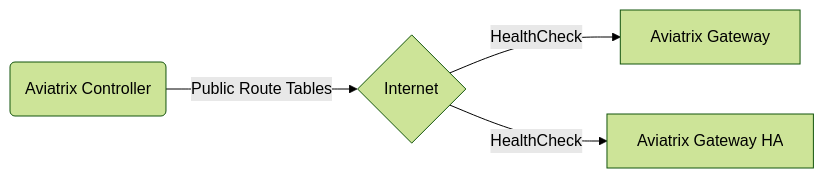
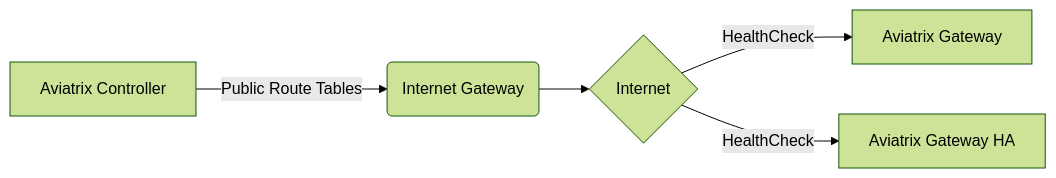
The second of 2 diagrams in _posts/2019-09-02-aviatrix-fqdn.md (socar-inc/socar-inc.github.io), drawn with Mermaid (forest theme) before and after one commit. The commit also changed other lines of this file, not shown here.

Commit message:
readme aviatrix-fqdn diagrams update 2

```diff
--- a/_posts/2019-09-02-aviatrix-fqdn.md
+++ b/_posts/2019-09-02-aviatrix-fqdn.md
@@ -133,7 +133,7 @@
 <div class="mermaid">
 graph LR
-    A(Aviatrix Controller)
-    A -->|Public Route Tables| B{Internet}
-    B -->|HealthCheck| C[Aviatrix Gateway]
-    B -->|HealthCheck| D[Aviatrix Gateway HA]
+    A[Aviatrix Controller] -->|Public Route Tables| B(Internet Gateway)
+    B --> C{Internet}
+    C -->|HealthCheck| D[Aviatrix Gateway]
+    C -->|HealthCheck| E[Aviatrix Gateway HA]
 </div>
```
